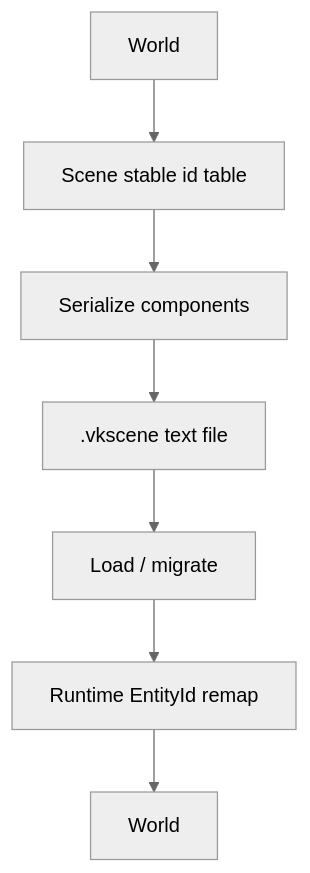
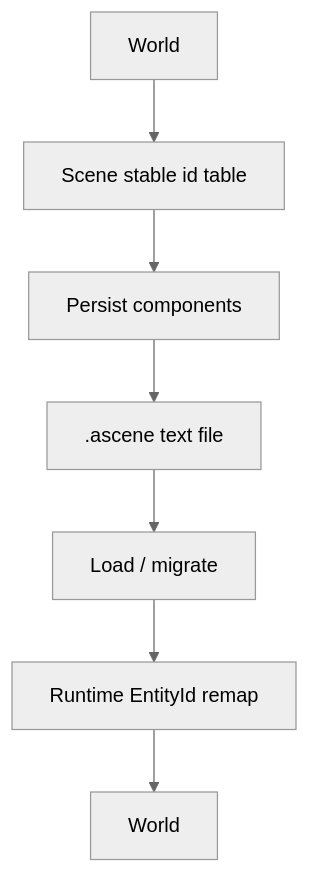
The eighth of 9 diagrams in docs/systems/scene-world.md (66six11/Engine), drawn with Mermaid (neutral theme) before and after one commit. The commit also changed other lines of this file and 10 other files, not shown here.

Commit message:
docs: reset schema persistence architecture

````diff
--- a/docs/systems/scene-world.md
+++ b/docs/systems/scene-world.md
@@ -438,12 +438,12 @@
 ```mermaid
 flowchart TD
     World["World"]
     StableIds["Scene stable id table"]
-    Serialize["Serialize components"]
-    File[".vkscene text file"]
+    Serialize["Persist components"]
+    File[".ascene text file"]
     Load["Load / migrate"]
     Remap["Runtime EntityId remap"]
     NewWorld["World"]
 
     World --> StableIds --> Serialize --> File --> Load --> Remap --> NewWorld
 ```
````
